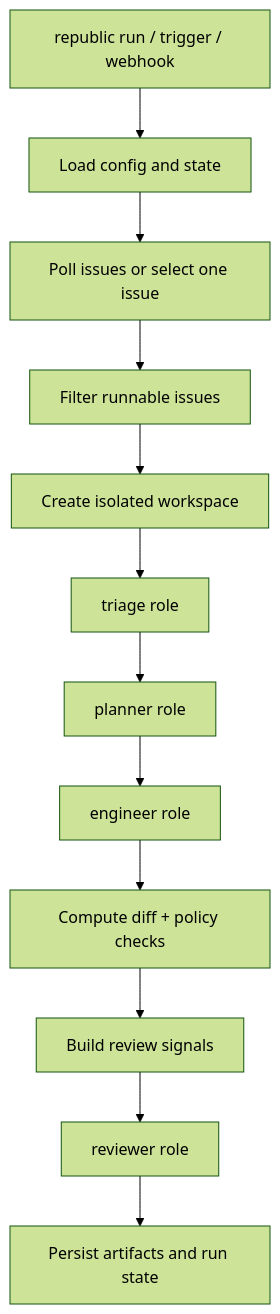
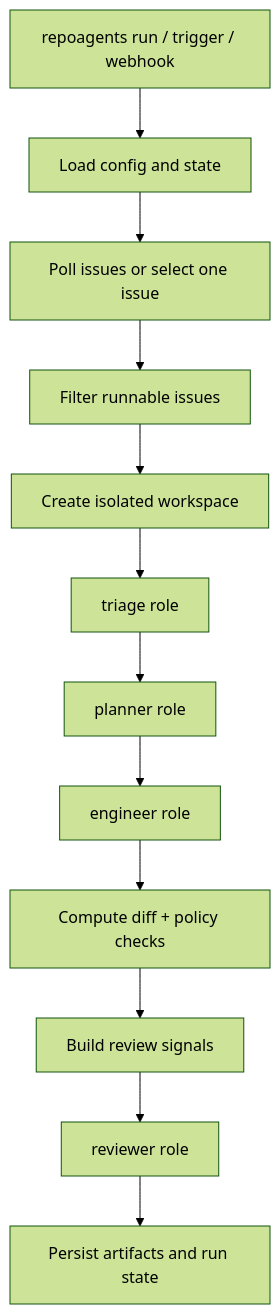
Before and after one commit to lhy0718/RepoAgents: the diagram in docs/architecture.md, drawn with Mermaid (forest theme). The commit also changed other lines of this file and 295 other files, not shown here.

````diff
--- a/docs/architecture.md
+++ b/docs/architecture.md
@@ -48,14 +48,14 @@
 ```mermaid
 flowchart TD
-    A["republic run / trigger / webhook"] --> B["Load config and state"]
+    A["repoagents run / trigger / webhook"] --> B["Load config and state"]
     B --> C["Poll issues or select one issue"]
     C --> D["Filter runnable issues"]
     D --> E["Create isolated workspace"]
     E --> F["triage role"]
     F --> G["planner role"]
     G --> H["engineer role"]
     H --> I["Compute diff + policy checks"]
     I --> J["Build review signals"]
     J --> K["reviewer role"]
     K --> L["Persist artifacts and run state"]
 ```
````
